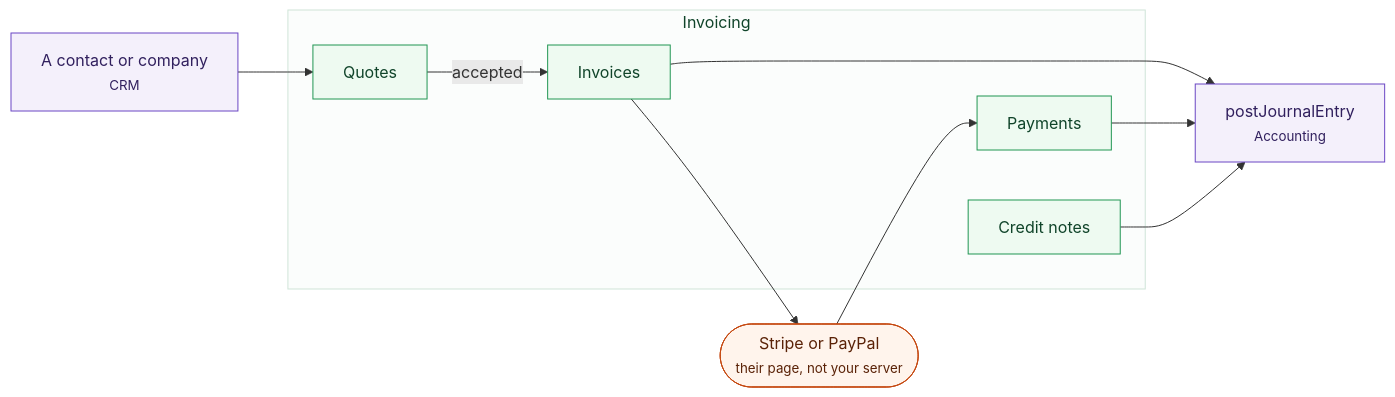
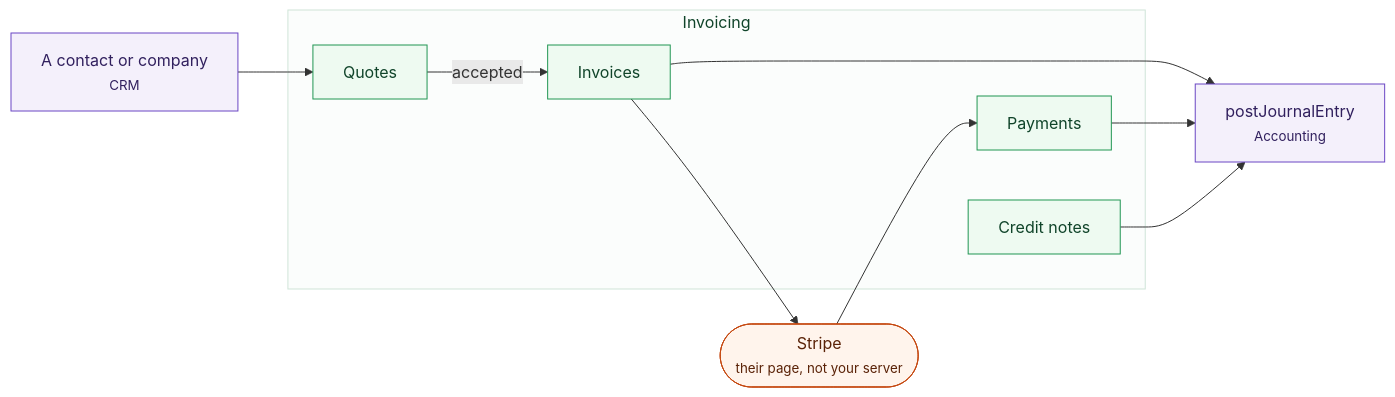
One commit to Sentrello/Sentrello changed the diagram in docs/site/02-core/invoicing.md. Above: the diagram before and after it, drawn with Mermaid. The commit also changed other lines of this file and 1 other file, not shown here.

First line of the commit message:
docs: four claims on the invoicing page, and one in the README

````diff
--- a/docs/site/02-core/invoicing.md
+++ b/docs/site/02-core/invoicing.md
@@ -13,23 +13,23 @@
 ```mermaid
 flowchart LR
   classDef screen fill:#eef4ff,stroke:#3b6fd4,color:#16305e
   classDef own fill:#eefaf1,stroke:#219653,color:#10442a
   classDef out fill:#f4f0fb,stroke:#6b47c4,color:#31205e
   classDef pub fill:#fff4ec,stroke:#c4470f,color:#5a2207
   subgraph OWN[" Invoicing "]
     QU["Quotes"]:::own
     IN["Invoices"]:::own
     CN["Credit notes"]:::own
     PM["Payments"]:::own
   end
   C["A contact or company<br/><small>CRM</small>"]:::out
-  PAY(["Stripe or PayPal<br/><small>their page, not your server</small>"]):::pub
+  PAY(["Stripe<br/><small>their page, not your server</small>"]):::pub
   LED["postJournalEntry<br/><small>Accounting</small>"]:::out
 
   C --> QU -->|"accepted"| IN
   IN --> PAY --> PM
   IN --> LED
   PM --> LED
   CN --> LED
   style OWN fill:#fbfdfc,stroke:#cfe4d8,color:#10442a
 ```
````
